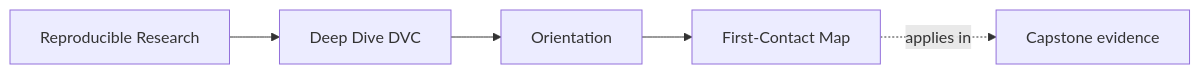
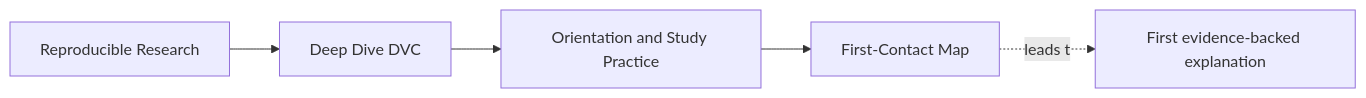
The first of 3 diagrams in programs/reproducible-research/deep-dive-dvc/course-book/module-00-orientation/first-contact-map.md (bijux/bijux-masterclass), drawn with Mermaid before and after one commit. The commit also changed other lines of this file, not shown here.

Commit message:
docs(dvc): make first contact produce evidence

````diff
--- a/programs/reproducible-research/deep-dive-dvc/course-book/module-00-orientation/first-contact-map.md
+++ b/programs/reproducible-research/deep-dive-dvc/course-book/module-00-orientation/first-contact-map.md
@@ -6,11 +6,11 @@
 ```mermaid
 graph LR
   family["Reproducible Research"]
   program["Deep Dive DVC"]
-  section["Orientation"]
+  section["Orientation and Study Practice"]
   page["First-Contact Map"]
-  capstone["Capstone evidence"]
+  outcome["First evidence-backed explanation"]
 
   family --> program --> section --> page
-  page -.applies in.-> capstone
+  page -.leads to.-> outcome
 ```
````
